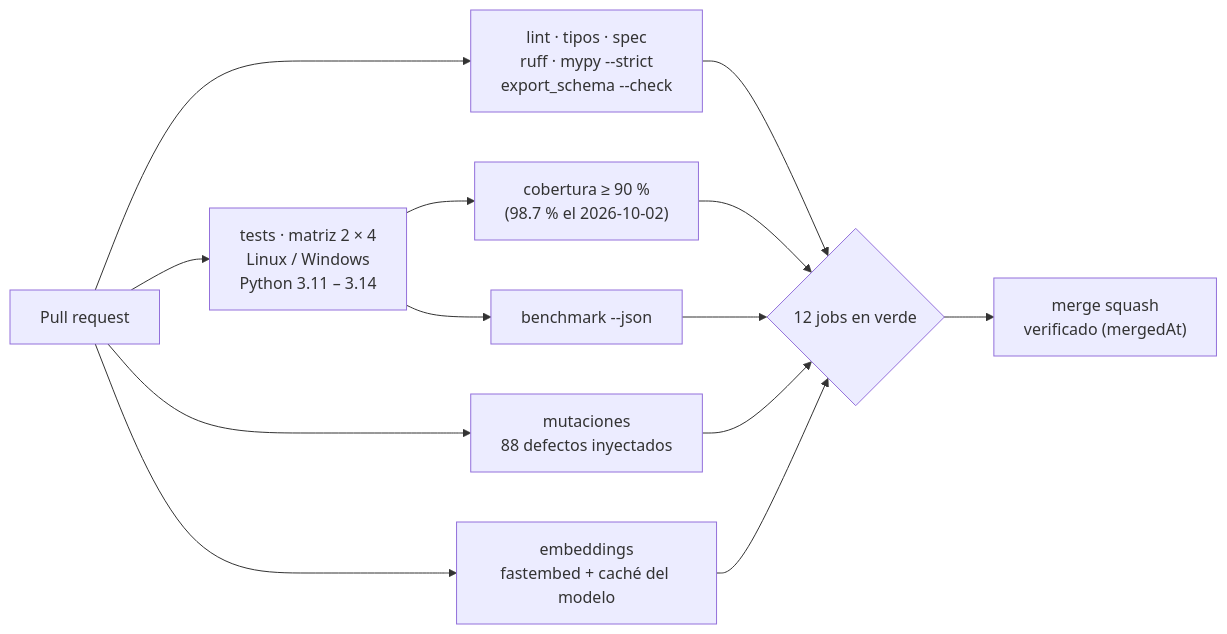
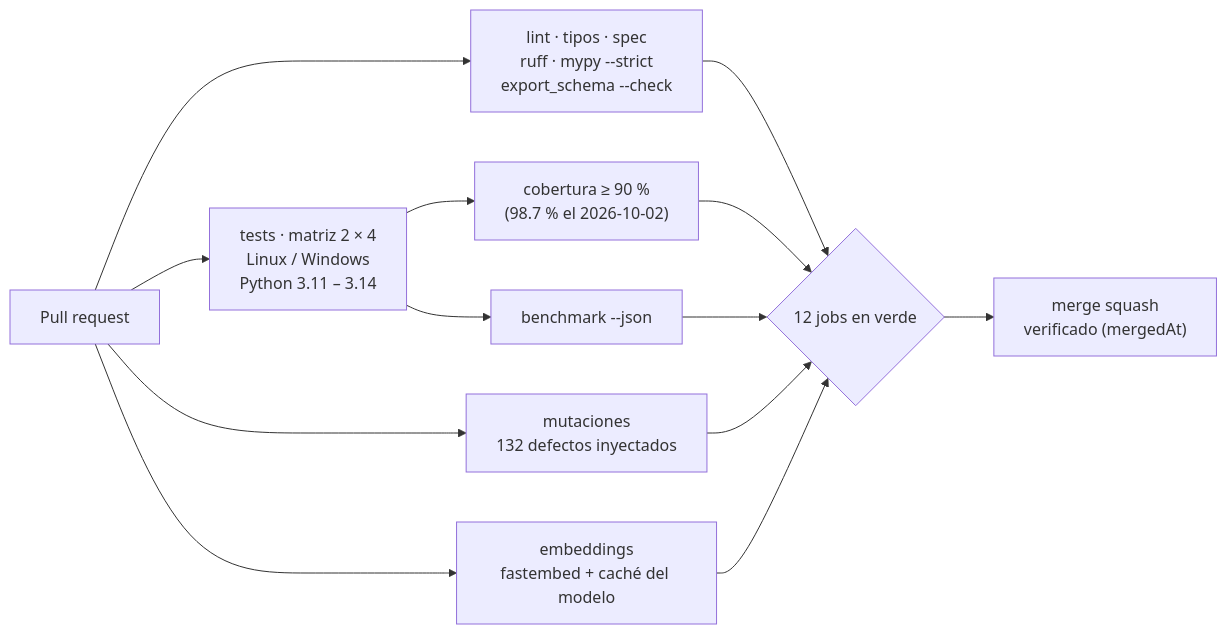
Before and after one commit to cherrera0001/Agents_Learning_Loops: the tenth of 12 diagrams in README.md, drawn with Mermaid. The commit also changed other lines of this file and 15 other files, not shown here.

````diff
--- a/README.md
+++ b/README.md
@@ -763,15 +763,15 @@
 ```mermaid
 flowchart LR
     PR["Pull request"] --> LINT["lint · tipos · spec<br/>ruff · mypy --strict<br/>export_schema --check"]
     PR --> TEST["tests · matriz 2 × 4<br/>Linux / Windows<br/>Python 3.11 – 3.14"]
-    PR --> MUT["mutaciones<br/>88 defectos inyectados"]
+    PR --> MUT["mutaciones<br/>132 defectos inyectados"]
     PR --> EMBJ["embeddings<br/>fastembed + caché del modelo"]
     TEST --> COV["cobertura ≥ 90 %<br/>(98.7 % el 2026-10-02)"]
     TEST --> BENCH["benchmark --json"]
     LINT --> OK{"12 jobs en verde"}
     COV --> OK
     BENCH --> OK
     MUT --> OK
     EMBJ --> OK
     OK --> MERGE["merge squash<br/>verificado (mergedAt)"]
 ```
````
